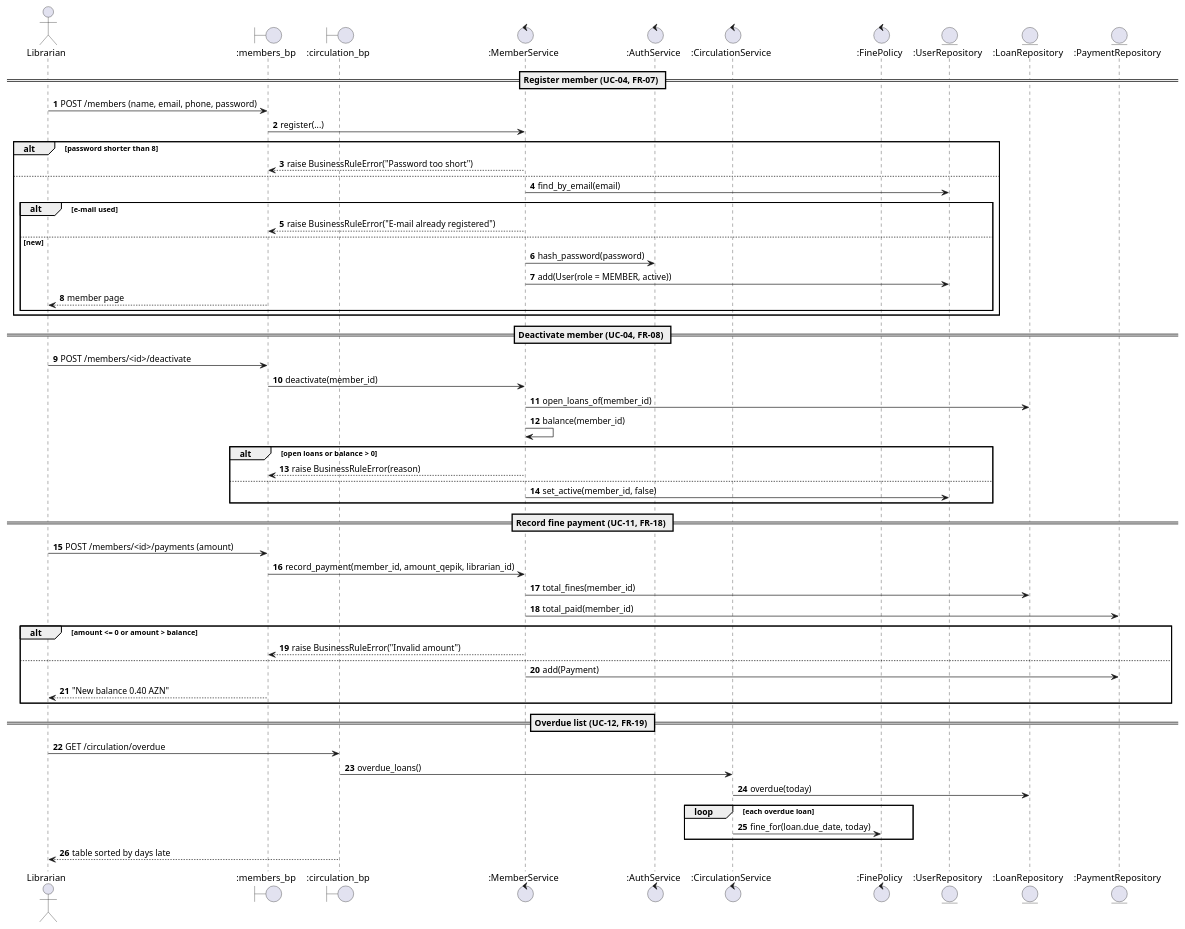
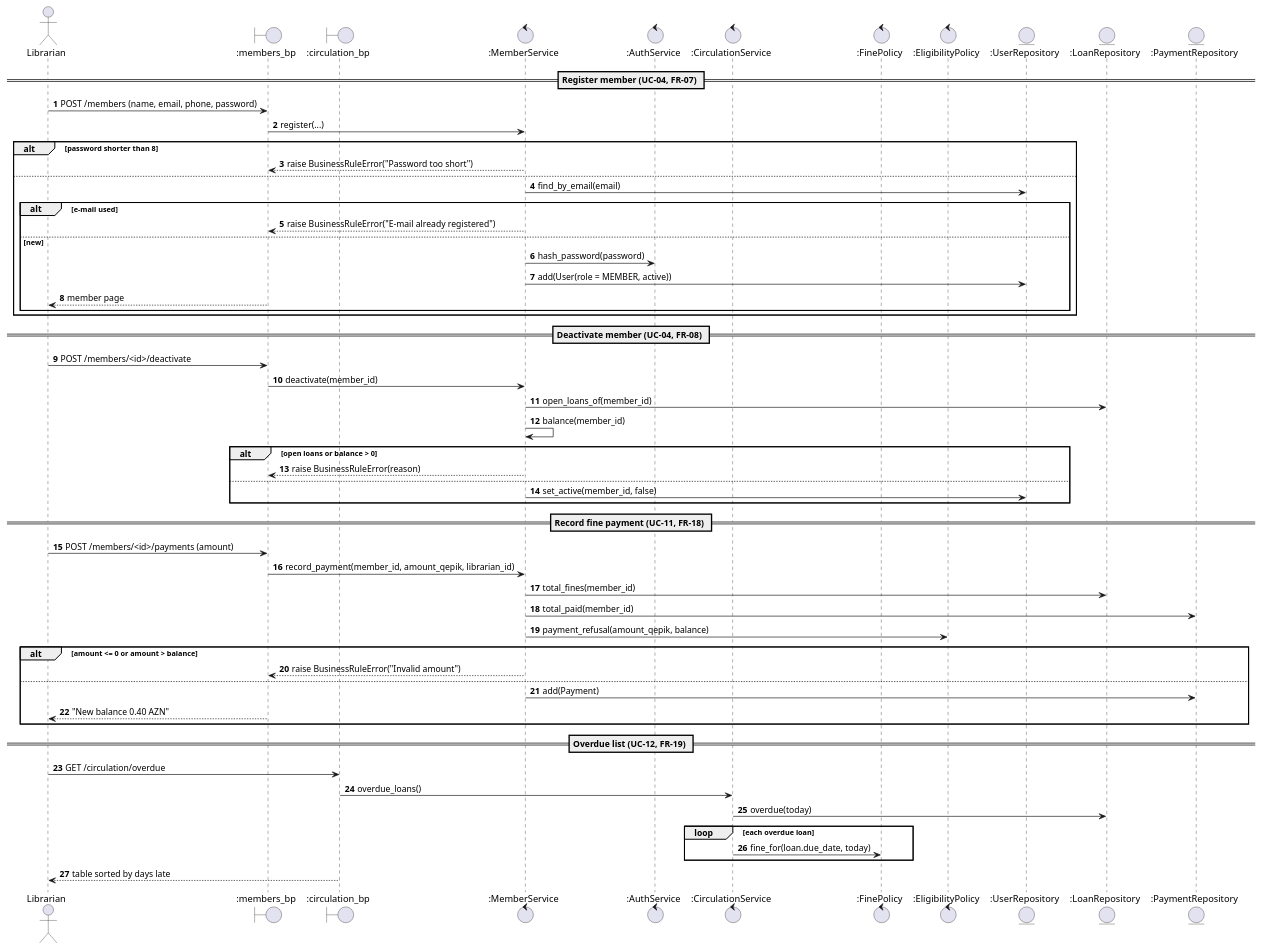
Before and after one commit to imnvrml/library-management-system: the diagram in docs/models/16-seq-members.puml, drawn with PlantUML. The commit also changed 10 other files, not shown here.

Commit message:
docs(models): v1.1 - extract pure EligibilityPolicy so decision rules are unit-testable

```diff
--- a/docs/models/16-seq-members.puml
+++ b/docs/models/16-seq-members.puml
@@ -1,63 +1,65 @@
 @startuml seq-members
 ' SD-07 Manage members, record payment, overdue list (UC-04, UC-11, UC-12)
 skinparam shadowing false
 autonumber
 actor Librarian
 boundary ":members_bp" as bp
 boundary ":circulation_bp" as cbp
 control ":MemberService" as mem
 control ":AuthService" as as
 control ":CirculationService" as circ
 control ":FinePolicy" as fine
+control ":EligibilityPolicy" as pol
 entity ":UserRepository" as users
 entity ":LoanRepository" as loans
 entity ":PaymentRepository" as pays
 
 == Register member (UC-04, FR-07) ==
 Librarian -> bp : POST /members (name, email, phone, password)
 bp -> mem : register(...)
 alt password shorter than 8
   mem --> bp : raise BusinessRuleError("Password too short")
 else
   mem -> users : find_by_email(email)
   alt e-mail used
     mem --> bp : raise BusinessRuleError("E-mail already registered")
   else new
     mem -> as : hash_password(password)
     mem -> users : add(User(role = MEMBER, active))
     bp --> Librarian : member page
   end
 end
 
 == Deactivate member (UC-04, FR-08) ==
 Librarian -> bp : POST /members/<id>/deactivate
 bp -> mem : deactivate(member_id)
 mem -> loans : open_loans_of(member_id)
 mem -> mem : balance(member_id)
 alt open loans or balance > 0
   mem --> bp : raise BusinessRuleError(reason)
 else
   mem -> users : set_active(member_id, false)
 end
 
 == Record fine payment (UC-11, FR-18) ==
 Librarian -> bp : POST /members/<id>/payments (amount)
 bp -> mem : record_payment(member_id, amount_qepik, librarian_id)
 mem -> loans : total_fines(member_id)
 mem -> pays : total_paid(member_id)
+mem -> pol : payment_refusal(amount_qepik, balance)
 alt amount <= 0 or amount > balance
   mem --> bp : raise BusinessRuleError("Invalid amount")
 else
   mem -> pays : add(Payment)
   bp --> Librarian : "New balance 0.40 AZN"
 end
 
 == Overdue list (UC-12, FR-19) ==
 Librarian -> cbp : GET /circulation/overdue
 cbp -> circ : overdue_loans()
 circ -> loans : overdue(today)
 loop each overdue loan
   circ -> fine : fine_for(loan.due_date, today)
 end
 cbp --> Librarian : table sorted by days late
 @enduml
```
